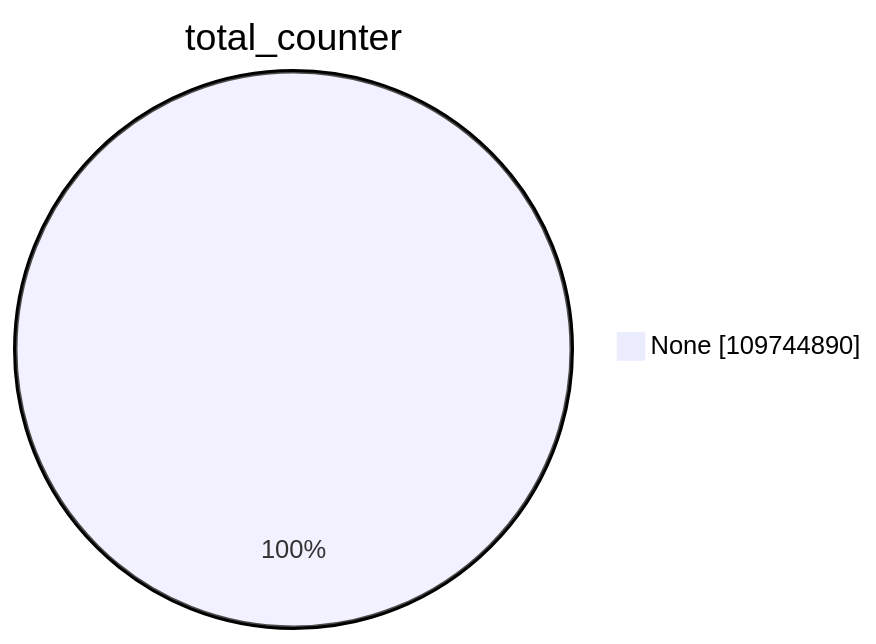
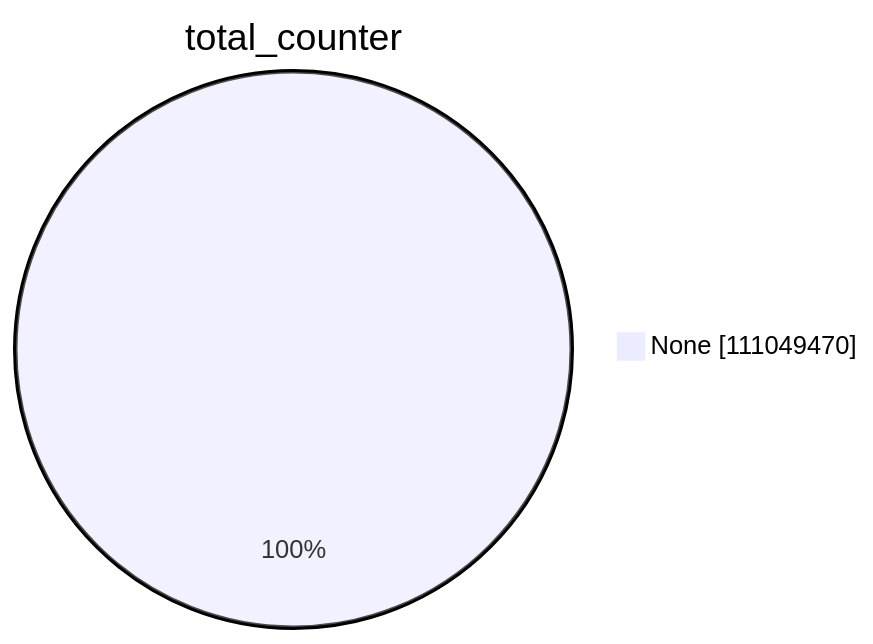
One commit to christiankrug/ctmonitor_visualization changed the first of 15 diagrams in xenon2023/README.md. Above: the diagram before and after it, drawn with Mermaid. The commit also changed other lines of this file, not shown here.

````diff
--- a/xenon2023/README.md
+++ b/xenon2023/README.md
@@ -1,5 +1,5 @@
 ```mermaid
 pie showData
 title total_counter
-"None" :109744890
+"None" :111049470
 ```
````
